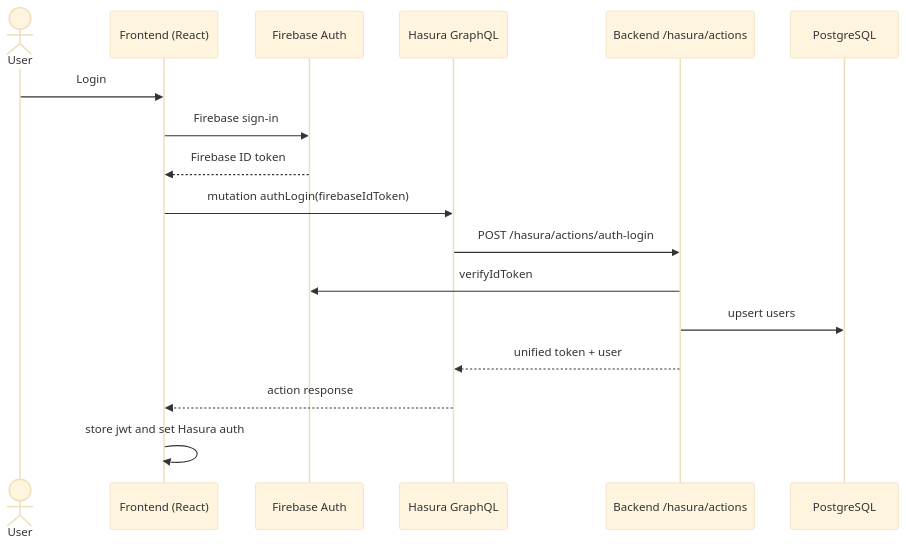
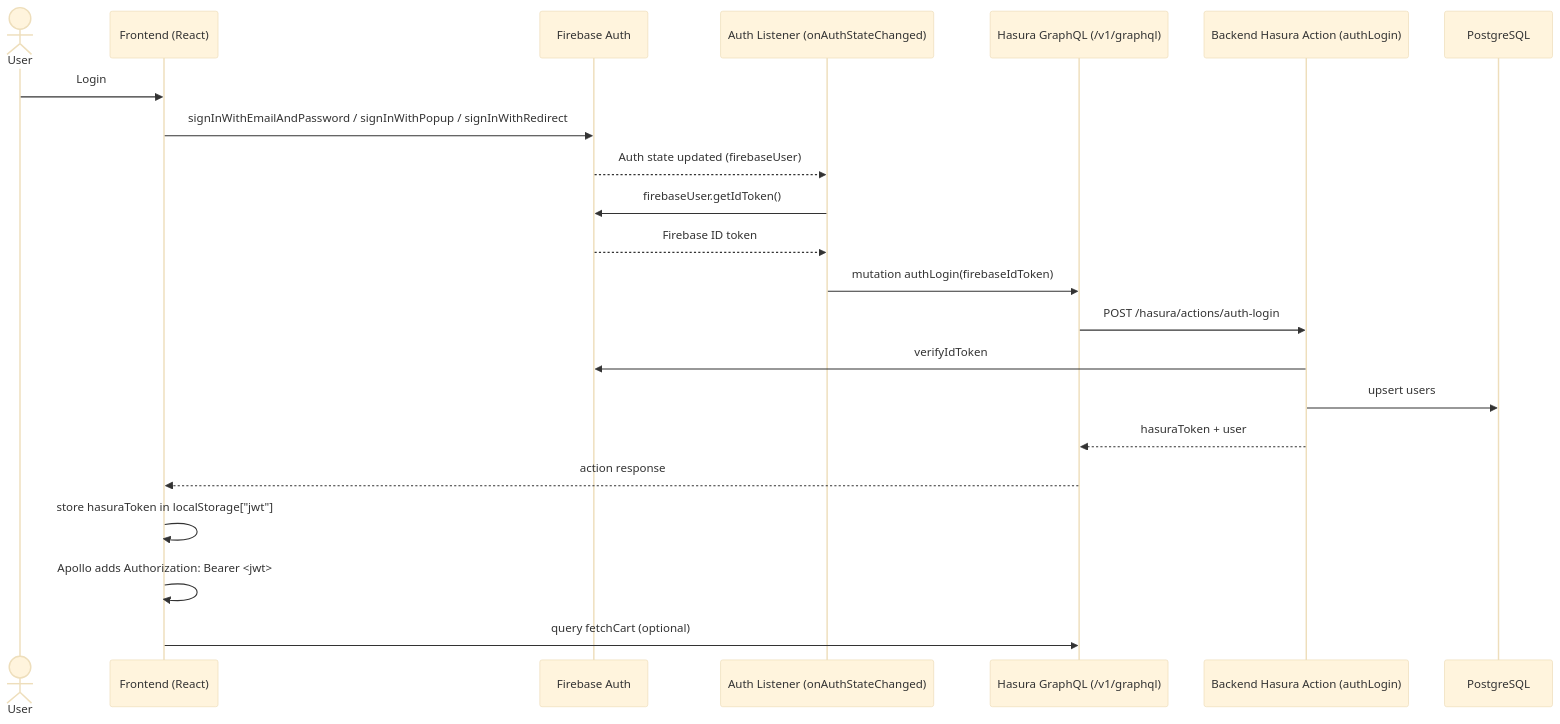
The first of 9 diagrams in SEQUENCE_DIAGRAMS.md (007abishek/react-frontend), drawn with Mermaid (base theme) before and after one commit. The commit also changed other lines of this file and 282 other files, not shown here.

````diff
--- a/SEQUENCE_DIAGRAMS.md
+++ b/SEQUENCE_DIAGRAMS.md
@@ -7,20 +7,25 @@
 ```mermaid
 sequenceDiagram
   actor U as User
   participant FE as Frontend (React)
   participant FB as Firebase Auth
-  participant H as Hasura GraphQL
-  participant BE as Backend /hasura/actions
+  participant AL as Auth Listener (onAuthStateChanged)
+  participant H as Hasura GraphQL (/v1/graphql)
+  participant BE as Backend Hasura Action (authLogin)
   participant DB as PostgreSQL
 
   U->>FE: Login
-  FE->>FB: Firebase sign-in
-  FB-->>FE: Firebase ID token
-  FE->>H: mutation authLogin(firebaseIdToken)
+  FE->>FB: signInWithEmailAndPassword / signInWithPopup / signInWithRedirect
+  FB-->>AL: Auth state updated (firebaseUser)
+  AL->>FB: firebaseUser.getIdToken()
+  FB-->>AL: Firebase ID token
+  AL->>H: mutation authLogin(firebaseIdToken)
   H->>BE: POST /hasura/actions/auth-login
   BE->>FB: verifyIdToken
   BE->>DB: upsert users
-  BE-->>H: unified token + user
+  BE-->>H: hasuraToken + user
   H-->>FE: action response
-  FE->>FE: store jwt and set Hasura auth
+  FE->>FE: store hasuraToken in localStorage["jwt"]
+  FE->>FE: Apollo adds Authorization: Bearer <jwt>
+  FE->>H: query fetchCart (optional)
 ```
````
